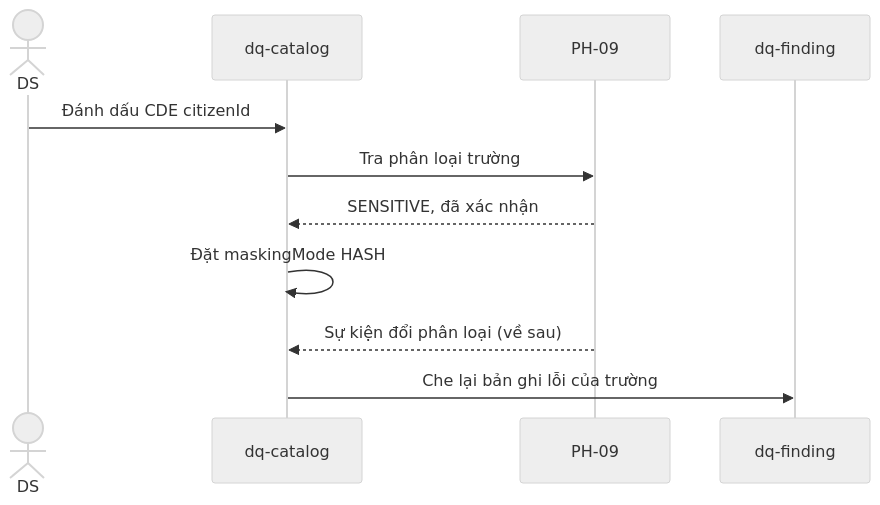
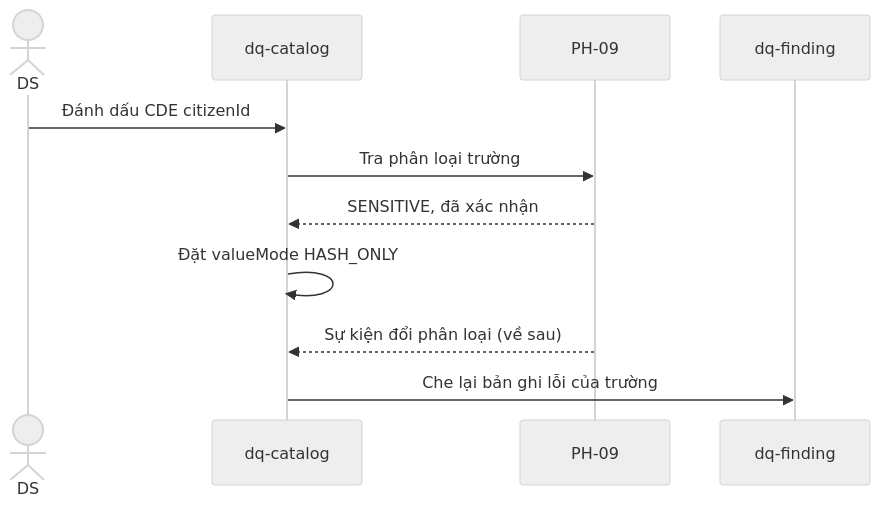
Diagram 14 of 41 in datahub-docs/02-yeu-cau/frs/D02-03-PH08-frs-chat-luong-du-lieu.md (caprocute/DATAHUB), drawn with Mermaid (neutral theme) before and after one commit. The commit also changed other lines of this file and 24 other files, not shown here.

````diff
--- a/datahub-docs/02-yeu-cau/frs/D02-03-PH08-frs-chat-luong-du-lieu.md
+++ b/datahub-docs/02-yeu-cau/frs/D02-03-PH08-frs-chat-luong-du-lieu.md
@@ -977,13 +981,13 @@
 ```{.mermaid caption="Trình tự lấy phân loại PH-09 cho CDE"}
 sequenceDiagram
   actor DS
   participant C as dq-catalog
   participant P as PH-09
   participant F as dq-finding
   DS->>C: Đánh dấu CDE citizenId
   C->>P: Tra phân loại trường
   P-->>C: SENSITIVE, đã xác nhận
-  C->>C: Đặt maskingMode HASH
+  C->>C: Đặt valueMode HASH_ONLY
   P-->>C: Sự kiện đổi phân loại (về sau)
   C->>F: Che lại bản ghi lỗi của trường
 ```
````
